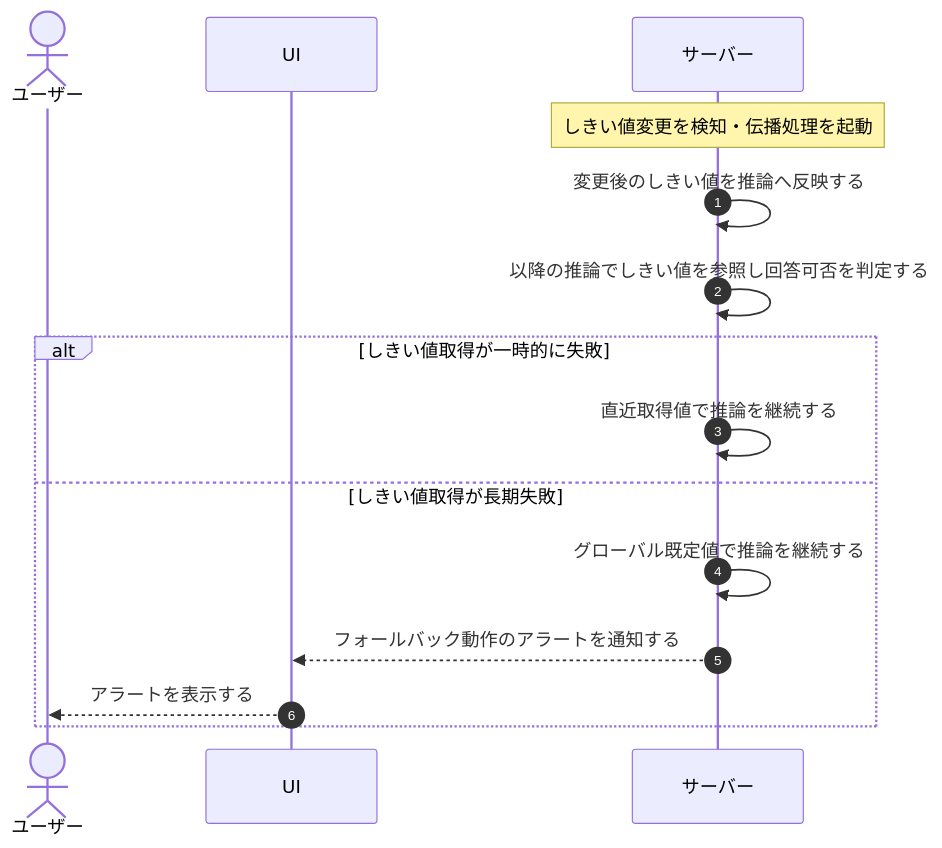
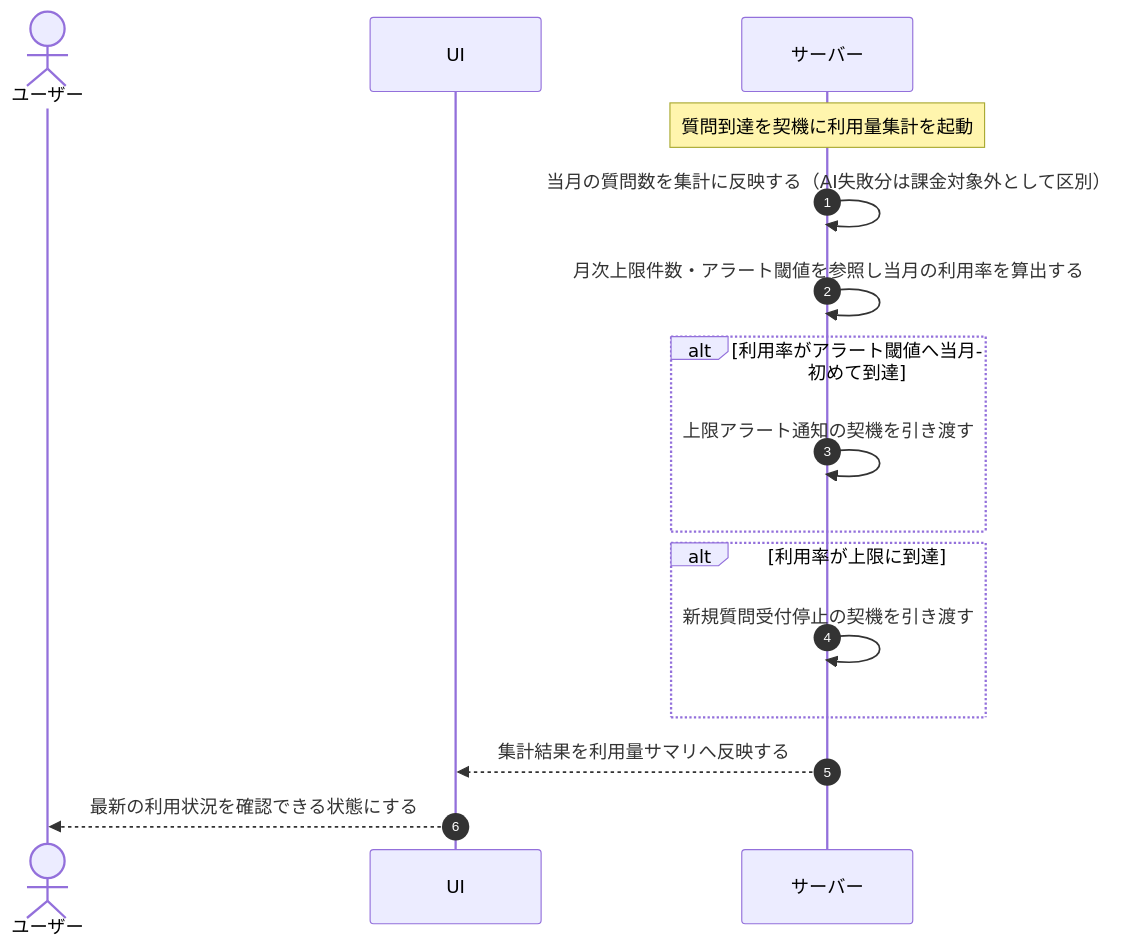
One commit to sikakou54/open-faq changed the diagram in 01_requirements/04_business_usecases/UC-051.md. Above: the diagram before and after it, drawn with Mermaid. The commit also changed other lines of this file and 395 other files, not shown here.

````diff
--- a/01_requirements/04_business_usecases/UC-051.md
+++ b/01_requirements/04_business_usecases/UC-051.md
@@ -27,19 +26,22 @@
 ```mermaid
 sequenceDiagram
   autonumber
   actor U as ユーザー
   participant UI as UI
   participant S as サーバー
 
-  Note over S: しきい値変更を検知・伝播処理を起動
-  S->>S: 変更後のしきい値を推論へ反映する
-  S->>S: 以降の推論でしきい値を参照し回答可否を判定する
+  Note over S: 質問到達を契機に利用量集計を起動
+  S->>S: 当月の質問数を集計に反映する（AI失敗分は課金対象外として区別）
+  S->>S: 月次上限件数・アラート閾値を参照し当月の利用率を算出する
 
-  alt しきい値取得が一時的に失敗
-    S->>S: 直近取得値で推論を継続する
-  else しきい値取得が長期失敗
-    S->>S: グローバル既定値で推論を継続する
-    S-->>UI: フォールバック動作のアラートを通知する
-    UI-->>U: アラートを表示する
+  alt 利用率がアラート閾値へ当月初めて到達
+    S->>S: 上限アラート通知の契機を引き渡す
   end
+
+  alt 利用率が上限に到達
+    S->>S: 新規質問受付停止の契機を引き渡す
+  end
+
+  S-->>UI: 集計結果を利用量サマリへ反映する
+  UI-->>U: 最新の利用状況を確認できる状態にする
 ```
````
